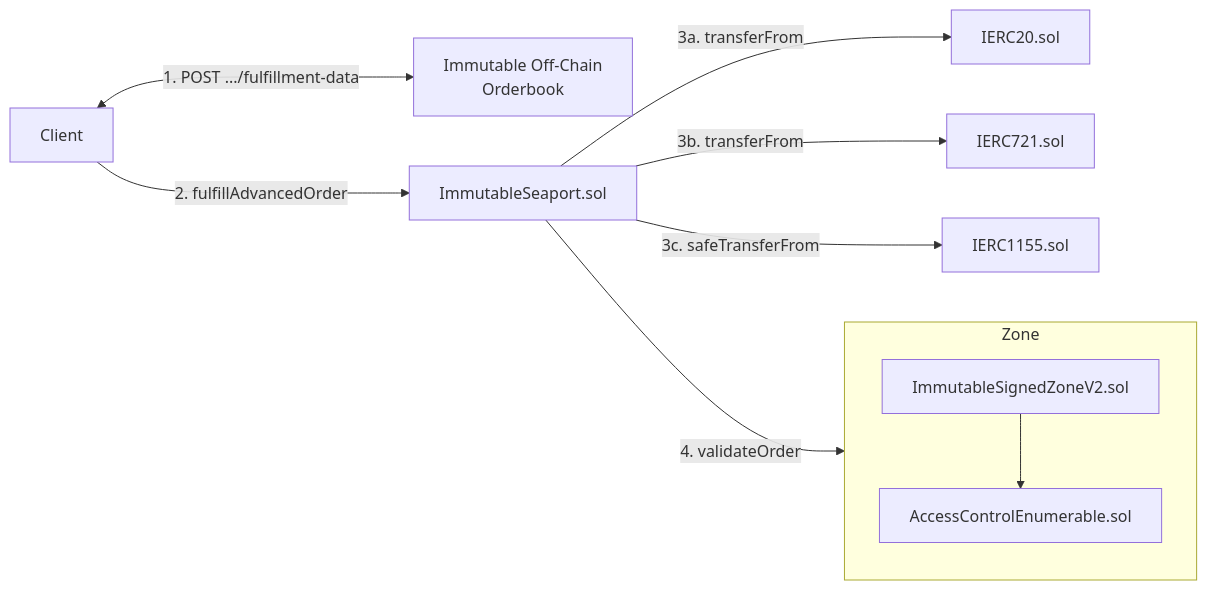
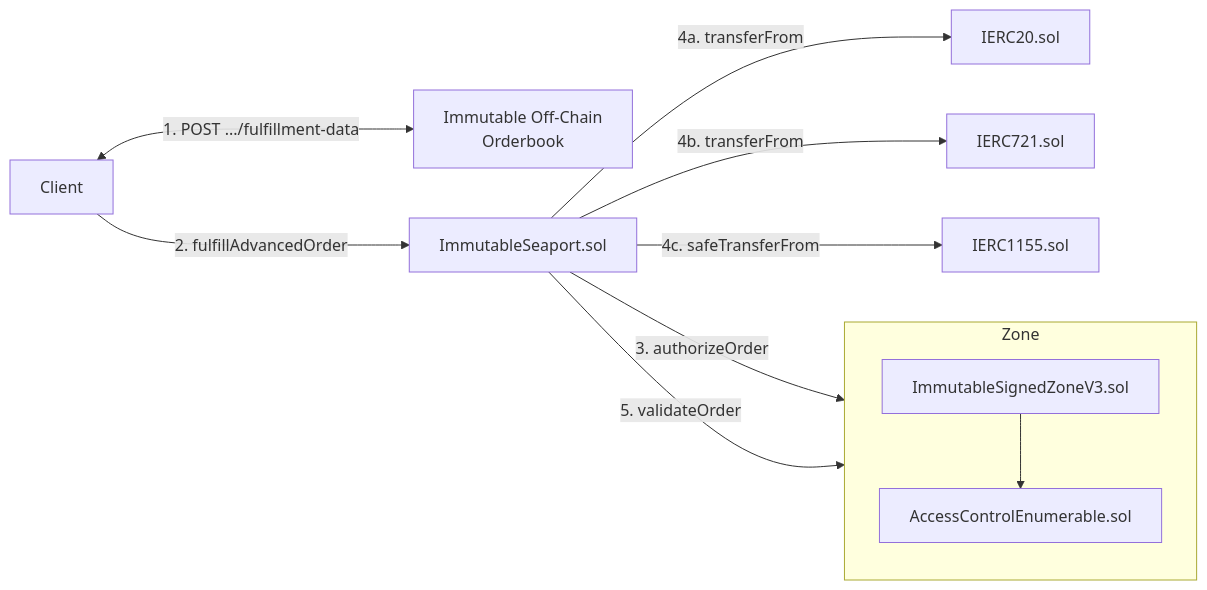
The diagram in contracts/trading/seaport16/zones/immutable-signed-zone/v3/README.md (immutable/contracts), drawn with Mermaid before and after one commit. The commit also changed other lines of this file and 1 other file, not shown here.

````diff
--- a/contracts/trading/seaport16/zones/immutable-signed-zone/v3/README.md
+++ b/contracts/trading/seaport16/zones/immutable-signed-zone/v3/README.md
@@ -30,13 +30,14 @@
 ```mermaid
 flowchart LR
   client[Client] <-- 1. POST .../fulfillment-data ---> ob[Immutable Off-Chain\nOrderbook]
   client -- 2. fulfillAdvancedOrder ---> seaport[ImmutableSeaport.sol]
-  seaport -- 3a. transferFrom --> erc20[IERC20.sol]
-  seaport -- 3b. transferFrom --> erc721[IERC721.sol]
-  seaport -- 3c. safeTransferFrom --> erc1155[IERC1155.sol]
-  seaport -- 4. validateOrder --> Zone
+  seaport -- 3. authorizeOrder --> Zone
+  seaport -- 4a. transferFrom --> erc20[IERC20.sol]
+  seaport -- 4b. transferFrom --> erc721[IERC721.sol]
+  seaport -- 4c. safeTransferFrom --> erc1155[IERC1155.sol]
+  seaport -- 5. validateOrder --> Zone
   subgraph Zone
     direction TB
-    zone[ImmutableSignedZoneV2.sol] --> AccessControlEnumerable.sol
+    zone[ImmutableSignedZoneV3.sol] --> AccessControlEnumerable.sol
   end
 ```
````
